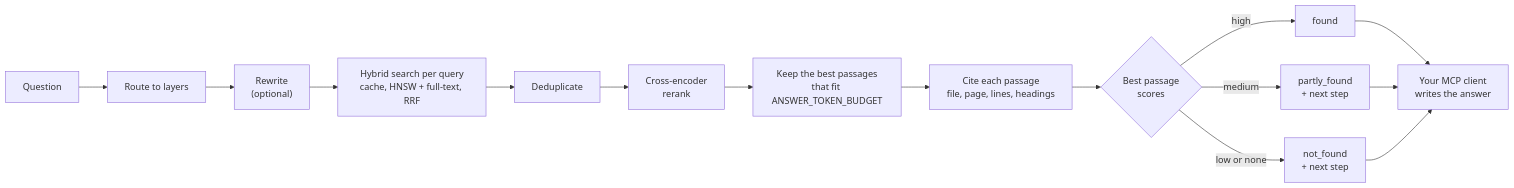
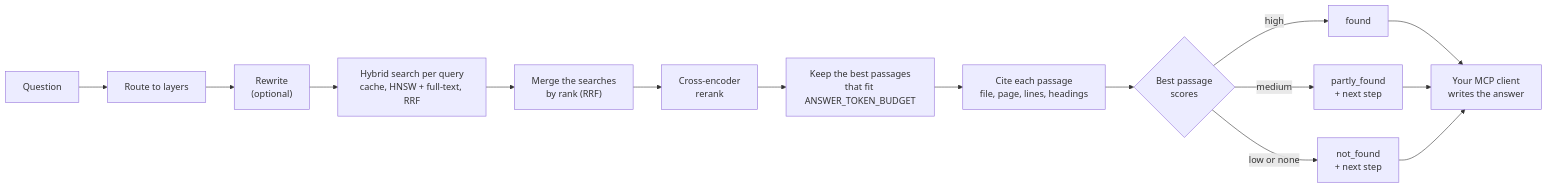
Before and after one commit to boudou/StrataKB: the sixth of 13 diagrams in README.md, drawn with Mermaid. The commit also changed other lines of this file and 2 other files, not shown here.

````diff
--- a/README.md
+++ b/README.md
@@ -164,10 +164,10 @@
 ```mermaid
 flowchart LR
     q["Question"] --> r["Route to layers"] --> rw["Rewrite<br/>(optional)"] --> h["Hybrid search per query<br/>cache, HNSW + full-text, RRF"]
-    h --> d["Deduplicate"] --> rr["Cross-encoder<br/>rerank"] --> b["Keep the best passages<br/>that fit ANSWER_TOKEN_BUDGET"]
+    h --> d["Merge the searches<br/>by rank (RRF)"] --> rr["Cross-encoder<br/>rerank"] --> b["Keep the best passages<br/>that fit ANSWER_TOKEN_BUDGET"]
     b --> c["Cite each passage<br/>file, page, lines, headings"] --> o{"Best passage<br/>scores"}
     o -->|"high"| f["found"]
     o -->|"medium"| pf["partly_found<br/>+ next step"]
     o -->|"low or none"| nf["not_found<br/>+ next step"]
     f & pf & nf --> a["Your MCP client<br/>writes the answer"]
 ```
````
